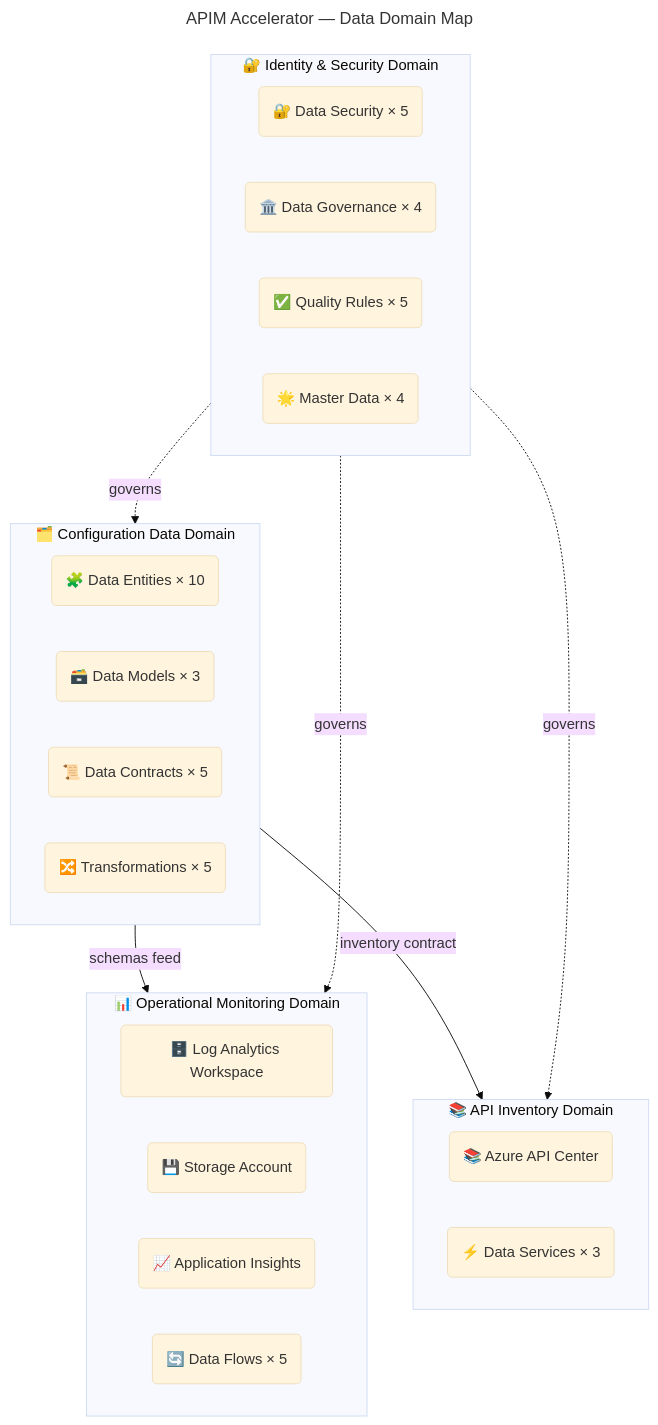
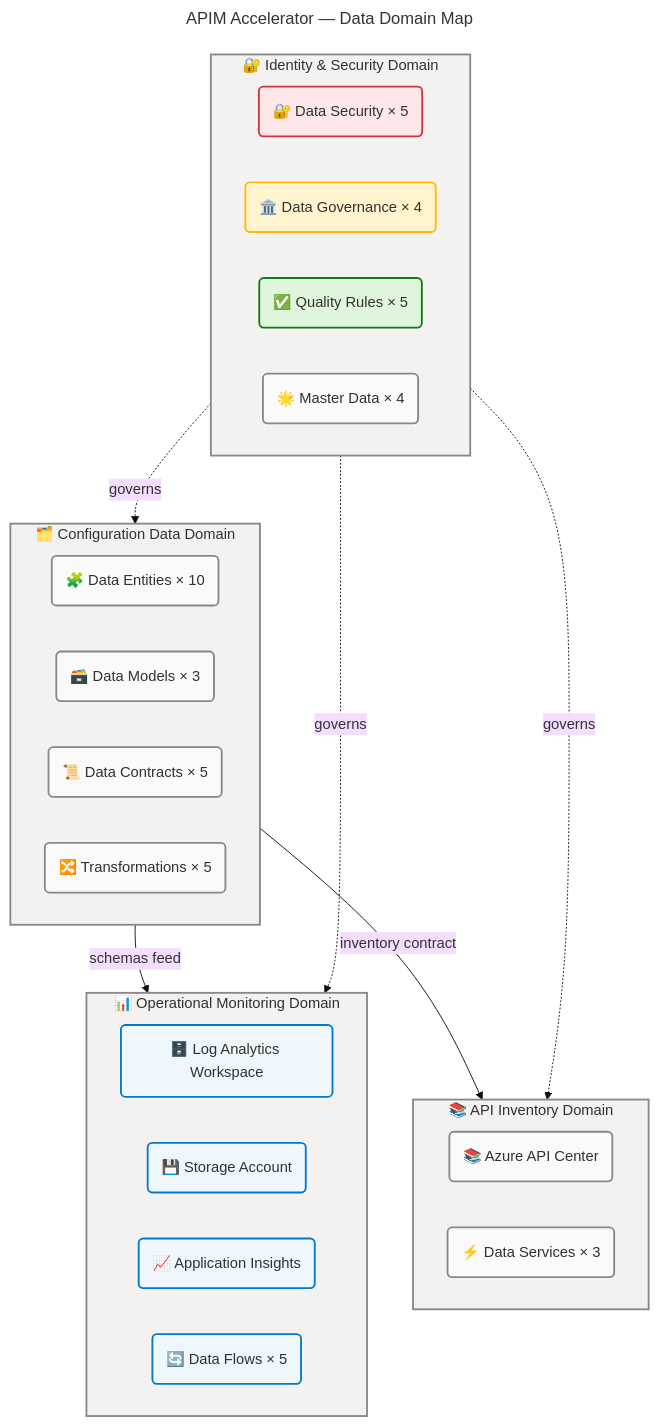
Before and after one commit to Evilazaro/APIM-Accelerator: the first of 4 diagrams in docs/architecture/data-architecture.md, drawn with Mermaid. The commit also changed other lines of this file, not shown here.

Commit message:
style: enhance flowchart governance with Azure/Fluent architecture pattern v2.0, adding semantic classes and accessibility features

````diff
--- a/docs/architecture/data-architecture.md
+++ b/docs/architecture/data-architecture.md
@@ -160,52 +160,73 @@
 ```mermaid
 ---
 title: "APIM Accelerator — Data Domain Map"
 config:
   theme: base
   look: classic
   layout: dagre
   themeVariables:
     fontSize: '16px'
   flowchart:
     htmlLabels: true
 ---
 flowchart TB
     accTitle: APIM Accelerator Data Domain Map
     accDescr: High-level taxonomy of the four data domains showing component types within each domain and cross-domain governance relationships
+
+    %% ═══════════════════════════════════════════════════════════════════════════
+    %% AZURE / FLUENT ARCHITECTURE PATTERN v2.0
+    %% (Semantic + Structural + Font + Accessibility Governance)
+    %% ═══════════════════════════════════════════════════════════════════════════
+    %% PHASE 1 - FLUENT UI: All styling uses approved Fluent UI palette only
+    %% PHASE 2 - GROUPS: Every subgraph has semantic color via style directive
+    %% PHASE 3 - COMPONENTS: Every node has semantic classDef + icon prefix
+    %% PHASE 4 - ACCESSIBILITY: accTitle/accDescr present, WCAG AA contrast
+    %% PHASE 5 - STANDARD: Governance block present, classDefs centralized
+    %% ═══════════════════════════════════════════════════════════════════════════
 
 
 
     subgraph cfgdomain["🗂️ Configuration Data Domain"]
         CFG1("🧩 Data Entities × 10"):::neutral
         CFG2("🗃️ Data Models × 3"):::neutral
         CFG3("📜 Data Contracts × 5"):::neutral
         CFG4("🔀 Transformations × 5"):::neutral
     end
 
     subgraph opsdomain["📊 Operational Monitoring Domain"]
         OPS1("🗄️ Log Analytics Workspace"):::core
         OPS2("💾 Storage Account"):::core
         OPS3("📈 Application Insights"):::core
         OPS4("🔄 Data Flows × 5"):::core
     end
 
     subgraph invdomain["📚 API Inventory Domain"]
         INV1("📚 Azure API Center"):::neutral
         INV2("⚡ Data Services × 3"):::neutral
     end
 
     subgraph secdomain["🔐 Identity & Security Domain"]
         SEC1("🔐 Data Security × 5"):::danger
         SEC2("🏛️ Data Governance × 4"):::warning
         SEC3("✅ Quality Rules × 5"):::success
         SEC4("🌟 Master Data × 4"):::neutral
     end
 
     cfgdomain -->|"schemas feed"| opsdomain
     cfgdomain -->|"inventory contract"| invdomain
     secdomain -.->|"governs"| cfgdomain
     secdomain -.->|"governs"| opsdomain
     secdomain -.->|"governs"| invdomain
 
+    classDef neutral fill:#FAFAFA,stroke:#8A8886,stroke-width:2px,color:#323130
+    classDef core fill:#EFF6FC,stroke:#0078D4,stroke-width:2px,color:#323130
+    classDef success fill:#DFF6DD,stroke:#107C10,stroke-width:2px,color:#323130
+    classDef warning fill:#FFF4CE,stroke:#FFB900,stroke-width:2px,color:#323130
+    classDef danger fill:#FDE7E9,stroke:#D13438,stroke-width:2px,color:#323130
+
+    style cfgdomain fill:#F3F2F1,stroke:#8A8886,stroke-width:2px,color:#323130
+    style opsdomain fill:#F3F2F1,stroke:#8A8886,stroke-width:2px,color:#323130
+    style invdomain fill:#F3F2F1,stroke:#8A8886,stroke-width:2px,color:#323130
+    style secdomain fill:#F3F2F1,stroke:#8A8886,stroke-width:2px,color:#323130
 
 ```
````
